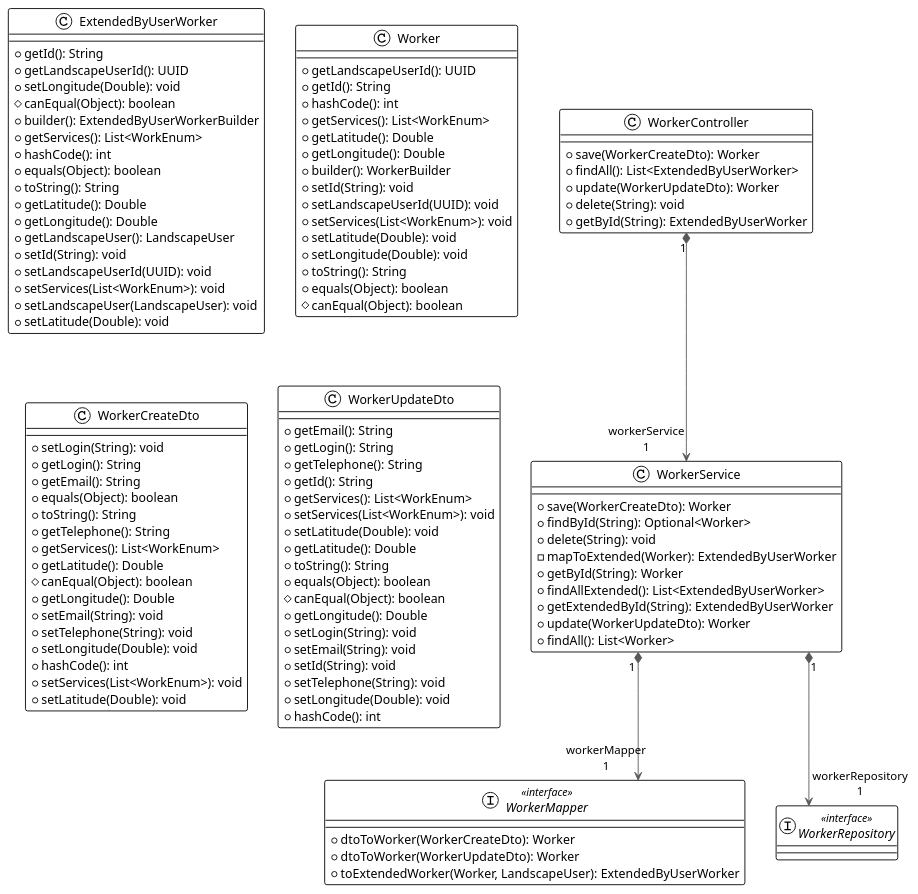
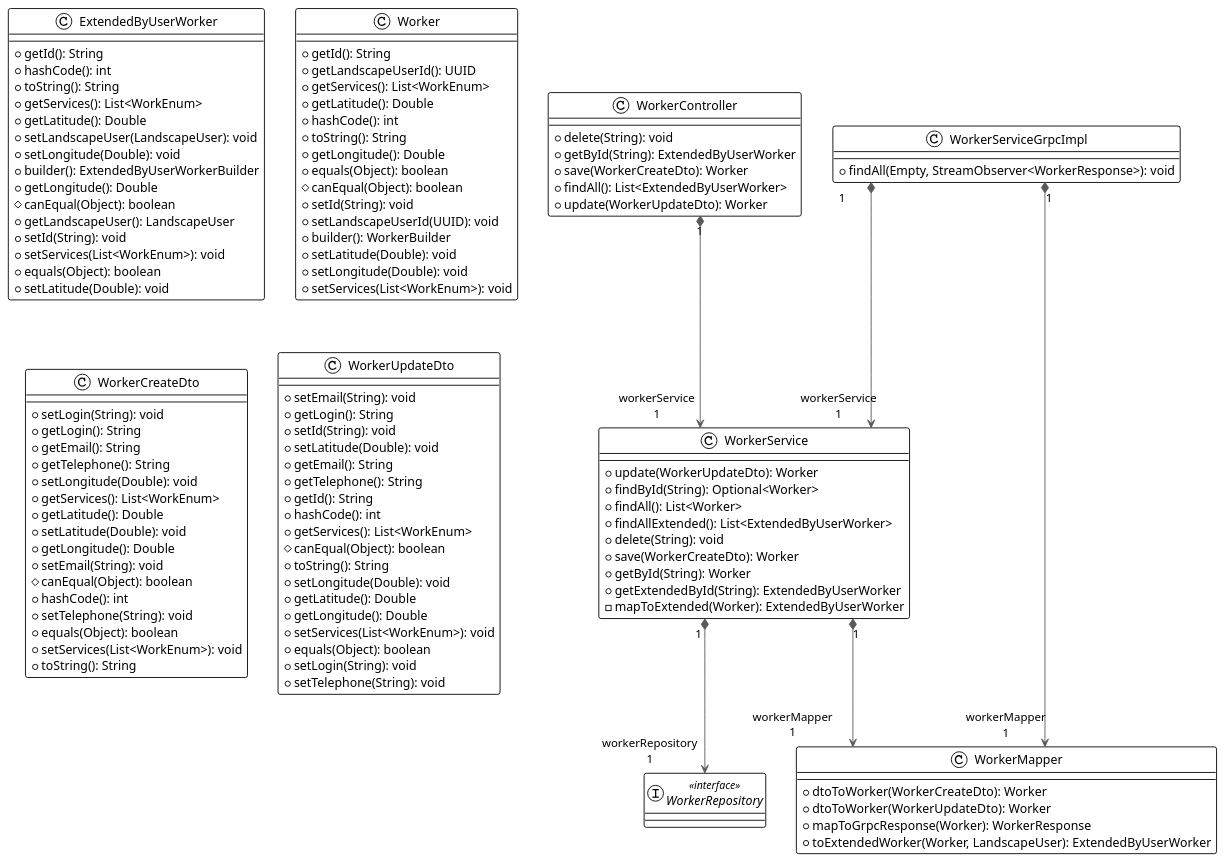
Before and after one commit to okedrovskikh/VOgorode: the diagram in HandymanService/docs/code/worker.plantuml, drawn with PlantUML. The commit also changed 36 other files, not shown here.

```diff
--- a/HandymanService/docs/code/worker.plantuml
+++ b/HandymanService/docs/code/worker.plantuml
@@ -1,109 +1,113 @@
 @startuml
 
 !theme plain
 top to bottom direction
 skinparam linetype ortho
 
 class ExtendedByUserWorker {
   + getId(): String
-  + getLandscapeUserId(): UUID
+  + hashCode(): int
+  + toString(): String
+  + getServices(): List<WorkEnum>
+  + getLatitude(): Double
+  + setLandscapeUser(LandscapeUser): void
   + setLongitude(Double): void
+  + builder(): ExtendedByUserWorkerBuilder
+  + getLongitude(): Double
   # canEqual(Object): boolean
-  + builder(): ExtendedByUserWorkerBuilder
-  + getServices(): List<WorkEnum>
-  + hashCode(): int
-  + equals(Object): boolean
-  + toString(): String
-  + getLatitude(): Double
-  + getLongitude(): Double
   + getLandscapeUser(): LandscapeUser
   + setId(String): void
-  + setLandscapeUserId(UUID): void
   + setServices(List<WorkEnum>): void
-  + setLandscapeUser(LandscapeUser): void
+  + equals(Object): boolean
   + setLatitude(Double): void
 }
 class Worker {
+  + getId(): String
   + getLandscapeUserId(): UUID
-  + getId(): String
-  + hashCode(): int
   + getServices(): List<WorkEnum>
   + getLatitude(): Double
+  + hashCode(): int
+  + toString(): String
   + getLongitude(): Double
-  + builder(): WorkerBuilder
+  + equals(Object): boolean
+  # canEqual(Object): boolean
   + setId(String): void
   + setLandscapeUserId(UUID): void
-  + setServices(List<WorkEnum>): void
+  + builder(): WorkerBuilder
   + setLatitude(Double): void
   + setLongitude(Double): void
-  + toString(): String
-  + equals(Object): boolean
-  # canEqual(Object): boolean
+  + setServices(List<WorkEnum>): void
 }
 class WorkerController {
+  + delete(String): void
+  + getById(String): ExtendedByUserWorker
   + save(WorkerCreateDto): Worker
   + findAll(): List<ExtendedByUserWorker>
   + update(WorkerUpdateDto): Worker
-  + delete(String): void
-  + getById(String): ExtendedByUserWorker
 }
 class WorkerCreateDto {
   + setLogin(String): void
   + getLogin(): String
   + getEmail(): String
-  + equals(Object): boolean
-  + toString(): String
   + getTelephone(): String
+  + setLongitude(Double): void
   + getServices(): List<WorkEnum>
   + getLatitude(): Double
-  # canEqual(Object): boolean
+  + setLatitude(Double): void
   + getLongitude(): Double
   + setEmail(String): void
+  # canEqual(Object): boolean
+  + hashCode(): int
   + setTelephone(String): void
-  + setLongitude(Double): void
-  + hashCode(): int
+  + equals(Object): boolean
   + setServices(List<WorkEnum>): void
-  + setLatitude(Double): void
+  + toString(): String
 }
-interface WorkerMapper << interface >> {
+class WorkerMapper {
   + dtoToWorker(WorkerCreateDto): Worker
   + dtoToWorker(WorkerUpdateDto): Worker
+  + mapToGrpcResponse(Worker): WorkerResponse
   + toExtendedWorker(Worker, LandscapeUser): ExtendedByUserWorker
 }
 interface WorkerRepository << interface >>
 class WorkerService {
+  + update(WorkerUpdateDto): Worker
+  + findById(String): Optional<Worker>
+  + findAll(): List<Worker>
+  + findAllExtended(): List<ExtendedByUserWorker>
+  + delete(String): void
   + save(WorkerCreateDto): Worker
-  + findById(String): Optional<Worker>
-  + delete(String): void
+  + getById(String): Worker
+  + getExtendedById(String): ExtendedByUserWorker
   - mapToExtended(Worker): ExtendedByUserWorker
-  + getById(String): Worker
-  + findAllExtended(): List<ExtendedByUserWorker>
-  + getExtendedById(String): ExtendedByUserWorker
-  + update(WorkerUpdateDto): Worker
-  + findAll(): List<Worker>
+}
+class WorkerServiceGrpcImpl {
+  + findAll(Empty, StreamObserver<WorkerResponse>): void
 }
 class WorkerUpdateDto {
+  + setEmail(String): void
+  + getLogin(): String
+  + setId(String): void
+  + setLatitude(Double): void
   + getEmail(): String
-  + getLogin(): String
   + getTelephone(): String
   + getId(): String
+  + hashCode(): int
   + getServices(): List<WorkEnum>
+  # canEqual(Object): boolean
+  + toString(): String
+  + setLongitude(Double): void
+  + getLatitude(): Double
+  + getLongitude(): Double
   + setServices(List<WorkEnum>): void
-  + setLatitude(Double): void
-  + getLatitude(): Double
-  + toString(): String
   + equals(Object): boolean
-  # canEqual(Object): boolean
-  + getLongitude(): Double
   + setLogin(String): void
-  + setEmail(String): void
-  + setId(String): void
   + setTelephone(String): void
-  + setLongitude(Double): void
-  + hashCode(): int
 }
 
-WorkerController     "1" *-[#595959,plain]-> "workerService\n1" WorkerService        
-WorkerService        "1" *-[#595959,plain]-> "workerMapper\n1" WorkerMapper         
-WorkerService        "1" *-[#595959,plain]-> "workerRepository\n1" WorkerRepository     
+WorkerController      "1" *-[#595959,plain]-> "workerService\n1" WorkerService         
+WorkerService         "1" *-[#595959,plain]-> "workerMapper\n1" WorkerMapper          
+WorkerService         "1" *-[#595959,plain]-> "workerRepository\n1" WorkerRepository      
+WorkerServiceGrpcImpl "1" *-[#595959,plain]-> "workerMapper\n1" WorkerMapper          
+WorkerServiceGrpcImpl "1" *-[#595959,plain]-> "workerService\n1" WorkerService         
 @enduml
```
